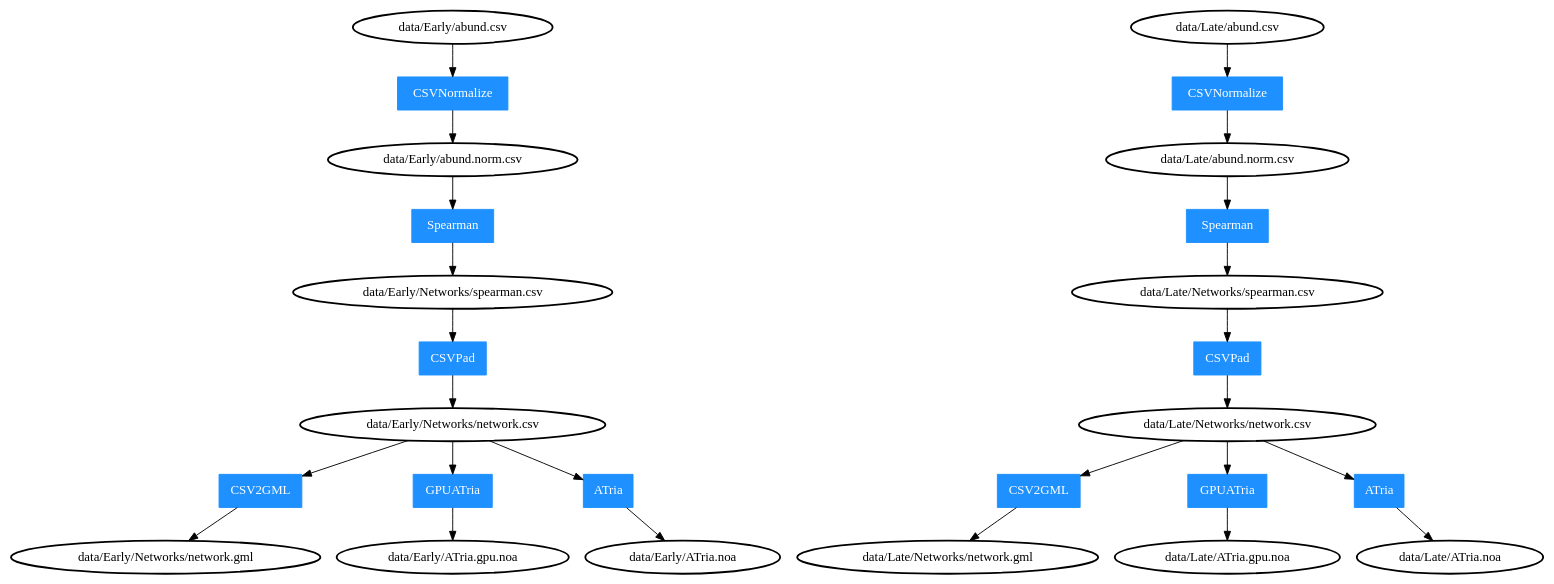
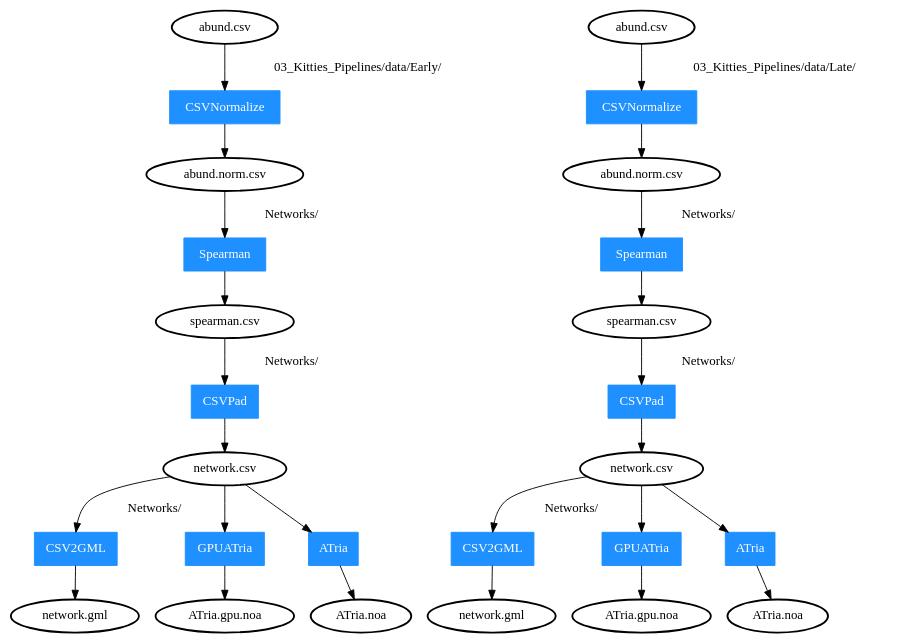
One commit to movingpictures83/PipeViz changed the diagram in 03_Kitties_Pipelines/expected.dot. Above: the diagram before and after it, drawn with Graphviz. The commit also changed 1 other file, not shown here.

Commit message:
Update expected for kitties tests

```diff
--- a/03_Kitties_Pipelines/expected.dot
+++ b/03_Kitties_Pipelines/expected.dot
@@ -1,27 +1,63 @@
 digraph G {
 	node [style=bold];
-	"data/Early/abund.csv"->"0"->"data/Early/abund.norm.csv";
-	"data/Early/abund.norm.csv"->"1"->"data/Early/Networks/spearman.csv";
-	"data/Early/Networks/spearman.csv"->"2"->"data/Early/Networks/network.csv";
-	"data/Early/Networks/network.csv"->"3"->"data/Early/Networks/network.gml";
-	"data/Early/Networks/network.csv"->"4"->"data/Early/ATria.gpu.noa";
-	"data/Early/Networks/network.csv"->"5"->"data/Early/ATria.noa";
-	"data/Late/abund.csv"->"6"->"data/Late/abund.norm.csv";
-	"data/Late/abund.norm.csv"->"7"->"data/Late/Networks/spearman.csv";
-	"data/Late/Networks/spearman.csv"->"8"->"data/Late/Networks/network.csv";
-	"data/Late/Networks/network.csv"->"9"->"data/Late/Networks/network.gml";
-	"data/Late/Networks/network.csv"->"10"->"data/Late/ATria.gpu.noa";
-	"data/Late/Networks/network.csv"->"11"->"data/Late/ATria.noa";
+	"03_Kitties_Pipelines/data/Early/abund.csv"->"0" [label = "	03_Kitties_Pipelines/data/Early/	"];
+	"0"->"03_Kitties_Pipelines/data/Early/abund.norm.csv";
+	"03_Kitties_Pipelines/data/Early/abund.csv" [label = "abund.csv"];
+	"03_Kitties_Pipelines/data/Early/abund.norm.csv" [label = "abund.norm.csv"];
+	"03_Kitties_Pipelines/data/Early/abund.norm.csv"->"1" [label = "	Networks/	"];
+	"1"->"03_Kitties_Pipelines/data/Early/Networks/spearman.csv";
+	"03_Kitties_Pipelines/data/Early/abund.norm.csv" [label = "abund.norm.csv"];
+	"03_Kitties_Pipelines/data/Early/Networks/spearman.csv" [label = "spearman.csv"];
+	"03_Kitties_Pipelines/data/Early/Networks/spearman.csv"->"2" [label = "	Networks/	"];
+	"2"->"03_Kitties_Pipelines/data/Early/Networks/network.csv";
+	"03_Kitties_Pipelines/data/Early/Networks/spearman.csv" [label = "spearman.csv"];
+	"03_Kitties_Pipelines/data/Early/Networks/network.csv" [label = "network.csv"];
+	"03_Kitties_Pipelines/data/Early/Networks/network.csv"->"3" [label = "	Networks/	"];
+	"3"->"03_Kitties_Pipelines/data/Early/Networks/network.gml";
+	"03_Kitties_Pipelines/data/Early/Networks/network.csv" [label = "network.csv"];
+	"03_Kitties_Pipelines/data/Early/Networks/network.gml" [label = "network.gml"];
+	"03_Kitties_Pipelines/data/Early/Networks/network.csv"->"4";
+	"4"->"03_Kitties_Pipelines/data/Early/ATria.gpu.noa";
+	"03_Kitties_Pipelines/data/Early/Networks/network.csv" [label = "network.csv"];
+	"03_Kitties_Pipelines/data/Early/ATria.gpu.noa" [label = "ATria.gpu.noa"];
+	"03_Kitties_Pipelines/data/Early/Networks/network.csv"->"5";
+	"5"->"03_Kitties_Pipelines/data/Early/ATria.noa";
+	"03_Kitties_Pipelines/data/Early/Networks/network.csv" [label = "network.csv"];
+	"03_Kitties_Pipelines/data/Early/ATria.noa" [label = "ATria.noa"];
+	"03_Kitties_Pipelines/data/Late/abund.csv"->"6" [label = "	03_Kitties_Pipelines/data/Late/	"];
+	"6"->"03_Kitties_Pipelines/data/Late/abund.norm.csv";
+	"03_Kitties_Pipelines/data/Late/abund.csv" [label = "abund.csv"];
+	"03_Kitties_Pipelines/data/Late/abund.norm.csv" [label = "abund.norm.csv"];
+	"03_Kitties_Pipelines/data/Late/abund.norm.csv"->"7" [label = "	Networks/	"];
+	"7"->"03_Kitties_Pipelines/data/Late/Networks/spearman.csv";
+	"03_Kitties_Pipelines/data/Late/abund.norm.csv" [label = "abund.norm.csv"];
+	"03_Kitties_Pipelines/data/Late/Networks/spearman.csv" [label = "spearman.csv"];
+	"03_Kitties_Pipelines/data/Late/Networks/spearman.csv"->"8" [label = "	Networks/	"];
+	"8"->"03_Kitties_Pipelines/data/Late/Networks/network.csv";
+	"03_Kitties_Pipelines/data/Late/Networks/spearman.csv" [label = "spearman.csv"];
+	"03_Kitties_Pipelines/data/Late/Networks/network.csv" [label = "network.csv"];
+	"03_Kitties_Pipelines/data/Late/Networks/network.csv"->"9" [label = "	Networks/	"];
+	"9"->"03_Kitties_Pipelines/data/Late/Networks/network.gml";
+	"03_Kitties_Pipelines/data/Late/Networks/network.csv" [label = "network.csv"];
+	"03_Kitties_Pipelines/data/Late/Networks/network.gml" [label = "network.gml"];
+	"03_Kitties_Pipelines/data/Late/Networks/network.csv"->"10";
+	"10"->"03_Kitties_Pipelines/data/Late/ATria.gpu.noa";
+	"03_Kitties_Pipelines/data/Late/Networks/network.csv" [label = "network.csv"];
+	"03_Kitties_Pipelines/data/Late/ATria.gpu.noa" [label = "ATria.gpu.noa"];
+	"03_Kitties_Pipelines/data/Late/Networks/network.csv"->"11";
+	"11"->"03_Kitties_Pipelines/data/Late/ATria.noa";
+	"03_Kitties_Pipelines/data/Late/Networks/network.csv" [label = "network.csv"];
+	"03_Kitties_Pipelines/data/Late/ATria.noa" [label = "ATria.noa"];
 	"0" [label="CSVNormalize", shape=box, color=dodgerblue1, fontcolor=white, style=filled];
 	"1" [label="Spearman", shape=box, color=dodgerblue1, fontcolor=white, style=filled];
 	"2" [label="CSVPad", shape=box, color=dodgerblue1, fontcolor=white, style=filled];
 	"3" [label="CSV2GML", shape=box, color=dodgerblue1, fontcolor=white, style=filled];
 	"4" [label="GPUATria", shape=box, color=dodgerblue1, fontcolor=white, style=filled];
 	"5" [label="ATria", shape=box, color=dodgerblue1, fontcolor=white, style=filled];
 	"6" [label="CSVNormalize", shape=box, color=dodgerblue1, fontcolor=white, style=filled];
 	"7" [label="Spearman", shape=box, color=dodgerblue1, fontcolor=white, style=filled];
 	"8" [label="CSVPad", shape=box, color=dodgerblue1, fontcolor=white, style=filled];
 	"9" [label="CSV2GML", shape=box, color=dodgerblue1, fontcolor=white, style=filled];
 	"10" [label="GPUATria", shape=box, color=dodgerblue1, fontcolor=white, style=filled];
 	"11" [label="ATria", shape=box, color=dodgerblue1, fontcolor=white, style=filled];
 }
```
